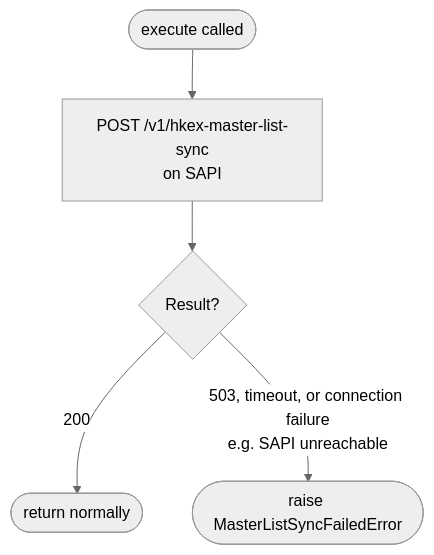
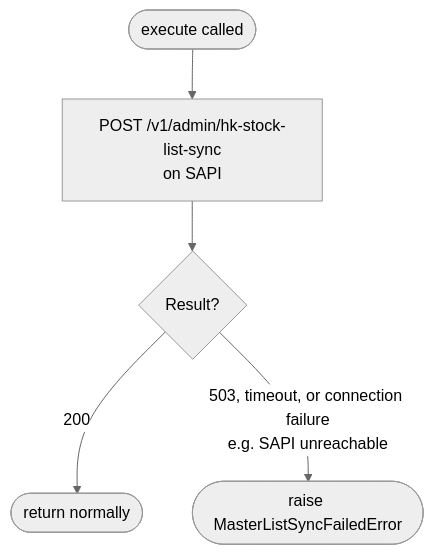
The seventh of 7 diagrams in docs/admin-tad.md (mars-xiaoyi/wealthfinder), drawn with Mermaid (neutral theme) before and after one commit. The commit also changed other lines of this file and 3 other files, not shown here.

````diff
--- a/docs/admin-tad.md
+++ b/docs/admin-tad.md
@@ -325,7 +326,7 @@
 ```mermaid
 flowchart TD
-    A([execute called]) --> B[POST /v1/hkex-master-list-sync\non SAPI]
+    A([execute called]) --> B[POST /v1/admin/hk-stock-list-sync\non SAPI]
     B --> C{Result?}
     C -->|200| D([return normally])
     C -->|503, timeout, or connection failure\ne.g. SAPI unreachable| E([raise MasterListSyncFailedError])
 ```
````
